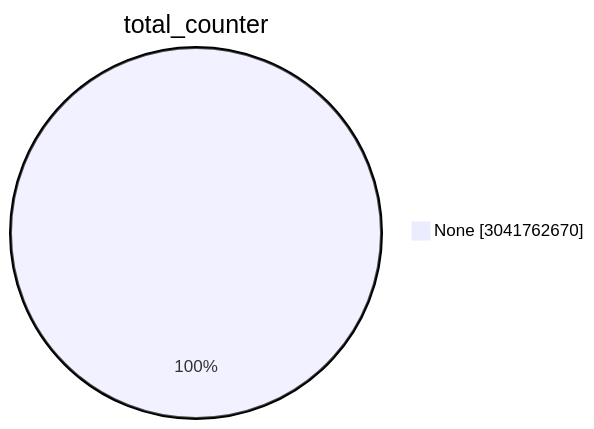
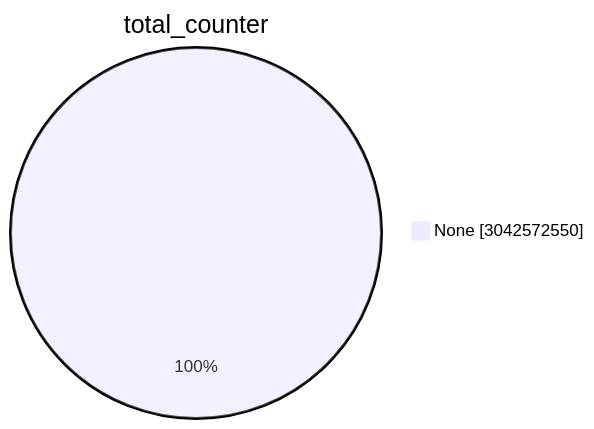
One commit to christiankrug/ctmonitor_visualization changed the first of 15 diagrams in TOTAL/README.md. Above: the diagram before and after it, drawn with Mermaid. The commit also changed other lines of this file, not shown here.

````diff
--- a/TOTAL/README.md
+++ b/TOTAL/README.md
@@ -1,5 +1,5 @@
 ```mermaid
 pie showData
 title total_counter
-"None" :3041762670
+"None" :3042572550
 ```
````
